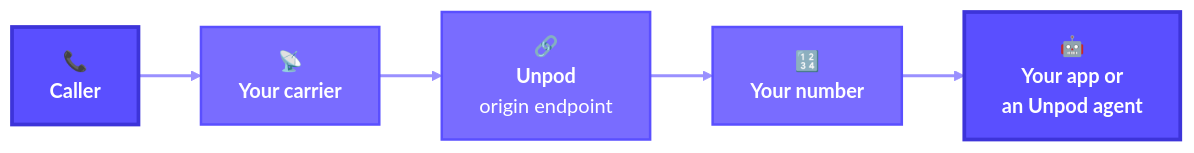
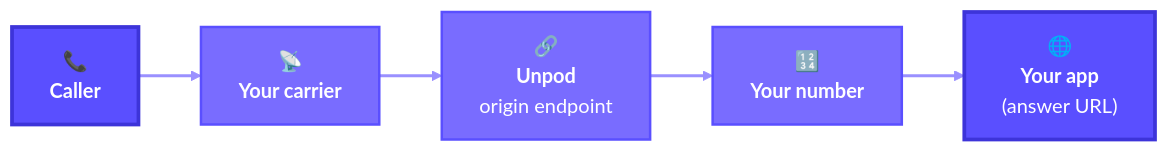
The diagram in telephony/quickstart.mdx (parvbhullar/unpod-dev-docs), drawn with Mermaid (forest theme) before and after one commit. The commit also changed other lines of this file and 2 other files, not shown here.

````diff
--- a/telephony/quickstart.mdx
+++ b/telephony/quickstart.mdx
@@ -16,13 +16,13 @@
 ```mermaid
 flowchart LR
   A["📞<br/><b>Caller</b>"] ==> B["📡<br/><b>Your carrier</b>"]
   B ==> C["🔗<br/><b>Unpod</b><br/>origin endpoint"]
   C ==> D["🔢<br/><b>Your number</b>"]
-  D ==> E["🤖<br/><b>Your app or<br/>an Unpod agent</b>"]
+  D ==> E["🌐<br/><b>Your app</b><br/>(answer URL)"]
 
   classDef ep fill:#5a4fff,color:#fff,stroke:#3d34d9,stroke-width:3px;
   classDef pp fill:#796cff,color:#fff,stroke:#5a4fff,stroke-width:2px;
   class A,E ep;
   class B,C,D pp;
   linkStyle default stroke:#9a90ff,stroke-width:2.5px;
 ```
````
